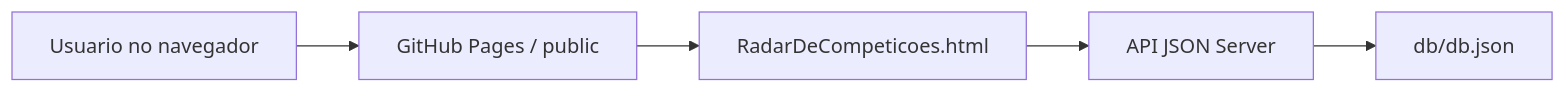
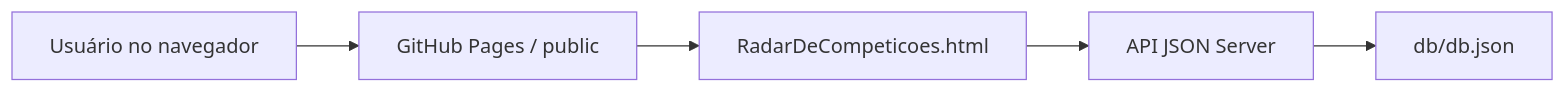
Before and after one commit to CFSJCODE/HUB_Da_Robotica: the diagram in README.md, drawn with Mermaid. The commit also changed other lines of this file, not shown here.

````diff
--- a/README.md
+++ b/README.md
@@ -36,7 +36,7 @@
 ```mermaid
 flowchart LR
-    A["Usuario no navegador"] --> B["GitHub Pages / public"]
+    A["Usuário no navegador"] --> B["GitHub Pages / public"]
     B --> C["RadarDeCompeticoes.html"]
     C --> D["API JSON Server"]
     D --> E["db/db.json"]
 ```
````
